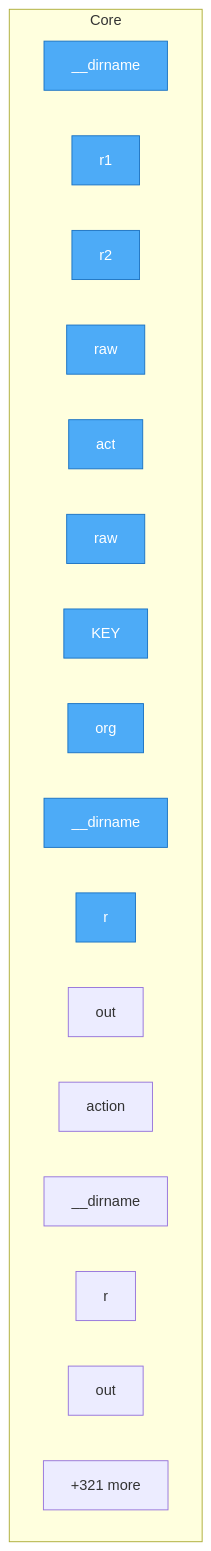
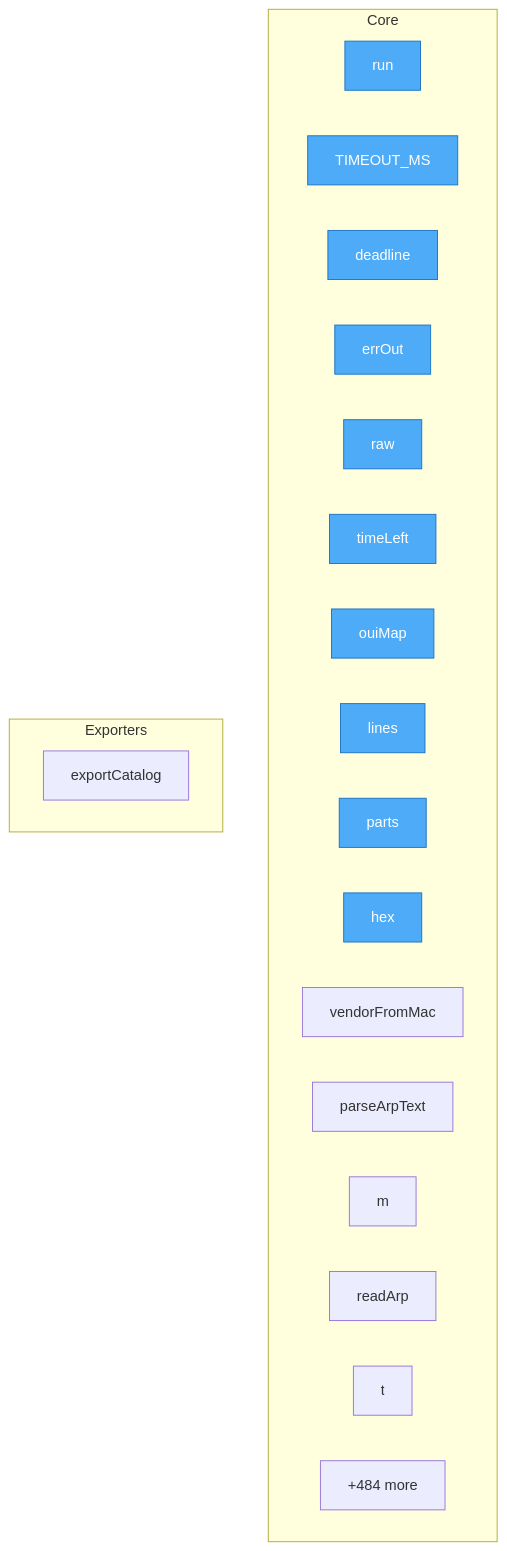
One commit to paxlet-com/taskand changed the diagram in project/flow.mmd. Above: the diagram before and after it, drawn with Mermaid. The commit also changed 138 other files, not shown here.

```diff
--- a/project/flow.mmd
+++ b/project/flow.mmd
@@ -1,26 +1,30 @@
 flowchart TD
-%% generated in 0.00s
+%% generated in 0.01s
 
     %% Entry points (blue)
     classDef entry fill:#4dabf7,stroke:#1971c2,color:#fff
 
     subgraph Core
-        generated__validator__resolve__taskand__dev__v1__test____dirname["__dirname"]
-        generated__validator__resolve__taskand__dev__v1__test__r1["r1"]
-        generated__validator__resolve__taskand__dev__v1__test__r2["r2"]
-        generated__vault__secrets__taskand__dev__v1__bin__raw["raw"]
-        generated__vault__secrets__taskand__dev__v1__bin__act["act"]
-        generated__developer__spawn__taskand__dev__v1__bin__raw["raw"]
-        generated__developer__spawn__taskand__dev__v1__bin__KEY["KEY"]
-        generated__developer__spawn__taskand__dev__v1__bin__org["org"]
-        generated__planner__plan__taskand__dev__v1__test____dirname["__dirname"]
-        generated__planner__plan__taskand__dev__v1__test__r["r"]
-        generated__planner__plan__taskand__dev__v1__test__out["out"]
-        generated__web__serve__taskand__dev__v1__bin__action["action"]
-        generated__web__serve__taskand__dev__v1__test____dirname["__dirname"]
-        generated__web__serve__taskand__dev__v1__test__r["r"]
-        generated__web__serve__taskand__dev__v1__test__out["out"]
-        ...["+321 more"]
+        generated__admin__network_device_discovery__taskand__dev__v1__bin__run["run"]
+        generated__admin__network_device_discovery__taskand__dev__v1__bin__TIMEOUT_MS["TIMEOUT_MS"]
+        generated__admin__network_device_discovery__taskand__dev__v1__bin__deadline["deadline"]
+        generated__admin__network_device_discovery__taskand__dev__v1__bin__errOut["errOut"]
+        generated__admin__network_device_discovery__taskand__dev__v1__bin__raw["raw"]
+        generated__admin__network_device_discovery__taskand__dev__v1__bin__timeLeft["timeLeft"]
+        generated__admin__network_device_discovery__taskand__dev__v1__bin__ouiMap["ouiMap"]
+        generated__admin__network_device_discovery__taskand__dev__v1__bin__lines["lines"]
+        generated__admin__network_device_discovery__taskand__dev__v1__bin__parts["parts"]
+        generated__admin__network_device_discovery__taskand__dev__v1__bin__hex["hex"]
+        generated__admin__network_device_discovery__taskand__dev__v1__bin__vendorFromMac["vendorFromMac"]
+        generated__admin__network_device_discovery__taskand__dev__v1__bin__parseArpText["parseArpText"]
+        generated__admin__network_device_discovery__taskand__dev__v1__bin__m["m"]
+        generated__admin__network_device_discovery__taskand__dev__v1__bin__readArp["readArp"]
+        generated__admin__network_device_discovery__taskand__dev__v1__bin__t["t"]
+        ...["+484 more"]
     end
 
-    class generated__validator__resolve__taskand__dev__v1__test____dirname,generated__validator__resolve__taskand__dev__v1__test__r1,generated__validator__resolve__taskand__dev__v1__test__r2,generated__vault__secrets__taskand__dev__v1__bin__raw,generated__vault__secrets__taskand__dev__v1__bin__act,generated__developer__spawn__taskand__dev__v1__bin__raw,generated__developer__spawn__taskand__dev__v1__bin__KEY,generated__developer__spawn__taskand__dev__v1__bin__org,generated__planner__plan__taskand__dev__v1__test____dirname,generated__planner__plan__taskand__dev__v1__test__r entry
+    subgraph Exporters
+        generated__registry__core__taskand__dev__v1__federation__exportCatalog["exportCatalog"]
+    end
+
+    class generated__admin__network_device_discovery__taskand__dev__v1__bin__run,generated__admin__network_device_discovery__taskand__dev__v1__bin__TIMEOUT_MS,generated__admin__network_device_discovery__taskand__dev__v1__bin__deadline,generated__admin__network_device_discovery__taskand__dev__v1__bin__errOut,generated__admin__network_device_discovery__taskand__dev__v1__bin__raw,generated__admin__network_device_discovery__taskand__dev__v1__bin__timeLeft,generated__admin__network_device_discovery__taskand__dev__v1__bin__ouiMap,generated__admin__network_device_discovery__taskand__dev__v1__bin__lines,generated__admin__network_device_discovery__taskand__dev__v1__bin__parts,generated__admin__network_device_discovery__taskand__dev__v1__bin__hex entry
```
